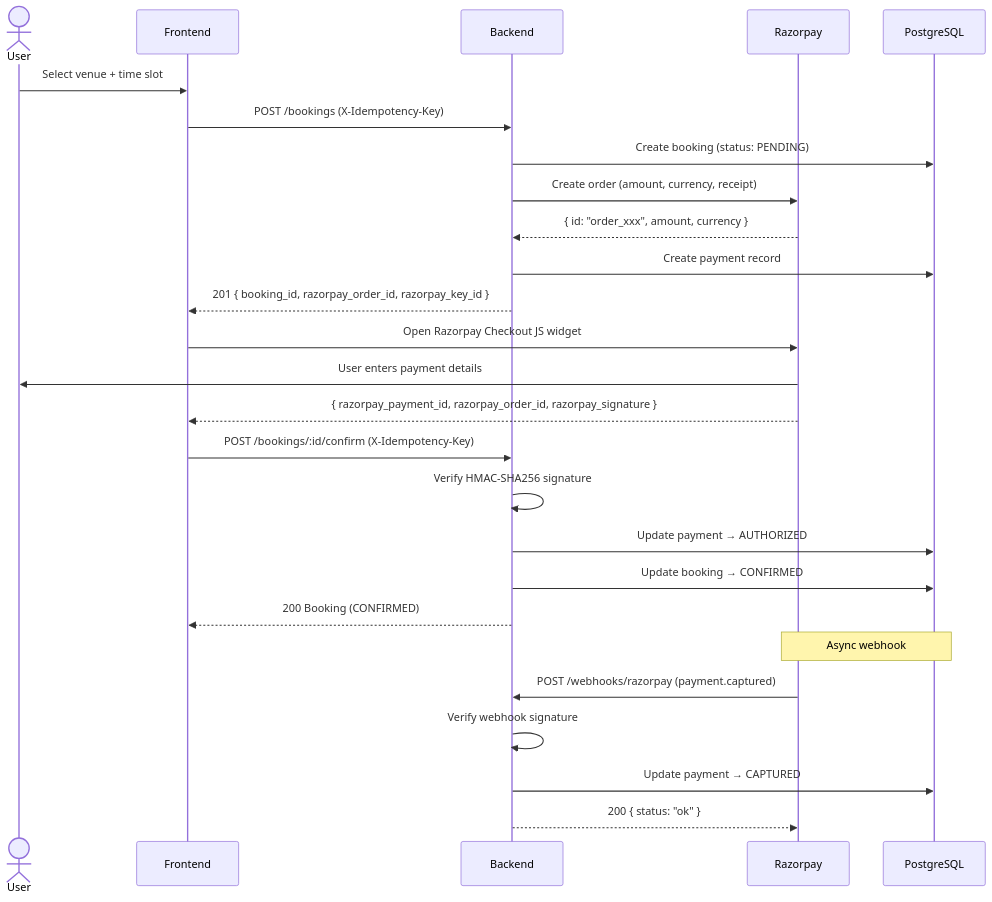
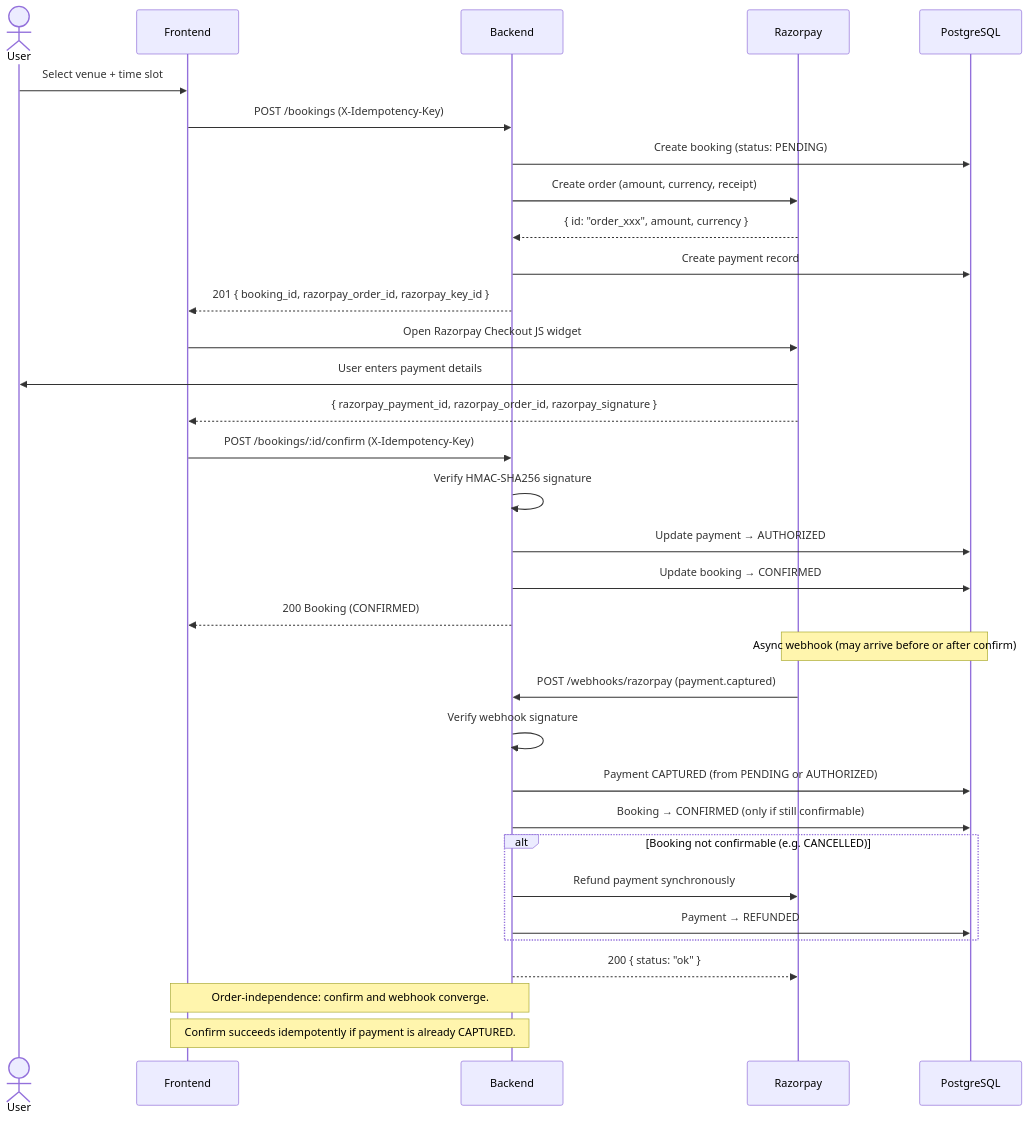
One commit to Nit-Simple/BookMyVenue changed the fourth of 5 diagrams in backend/docs/design.md. Above: the diagram before and after it, drawn with Mermaid. The commit also changed other lines of this file and 22 other files, not shown here.

````diff
--- a/backend/docs/design.md
+++ b/backend/docs/design.md
@@ -801,32 +858,40 @@
 ```mermaid
 sequenceDiagram
     actor U as User
     participant F as Frontend
     participant B as Backend
     participant RZ as Razorpay
     participant DB as PostgreSQL
 
     U->>F: Select venue + time slot
     F->>B: POST /bookings (X-Idempotency-Key)
     B->>DB: Create booking (status: PENDING)
     B->>RZ: Create order (amount, currency, receipt)
     RZ-->>B: { id: "order_xxx", amount, currency }
     B->>DB: Create payment record
     B-->>F: 201 { booking_id, razorpay_order_id, razorpay_key_id }
 
     F->>RZ: Open Razorpay Checkout JS widget
     RZ->>U: User enters payment details
     RZ-->>F: { razorpay_payment_id, razorpay_order_id, razorpay_signature }
 
     F->>B: POST /bookings/:id/confirm (X-Idempotency-Key)
     B->>B: Verify HMAC-SHA256 signature
     B->>DB: Update payment → AUTHORIZED
     B->>DB: Update booking → CONFIRMED
     B-->>F: 200 Booking (CONFIRMED)
 
-    Note over RZ,DB: Async webhook
+    Note over RZ,DB: Async webhook (may arrive before or after confirm)
     RZ->>B: POST /webhooks/razorpay (payment.captured)
     B->>B: Verify webhook signature
-    B->>DB: Update payment → CAPTURED
+    B->>DB: Payment CAPTURED (from PENDING or AUTHORIZED)
+    B->>DB: Booking → CONFIRMED (only if still confirmable)
+    alt Booking not confirmable (e.g. CANCELLED)
+        B->>RZ: Refund payment synchronously
+        B->>DB: Payment → REFUNDED
+    end
     B-->>RZ: 200 { status: "ok" }
+
+    Note over F,B: Order-independence: confirm and webhook converge.
+    Note over F,B: Confirm succeeds idempotently if payment is already CAPTURED.
 ```
````
